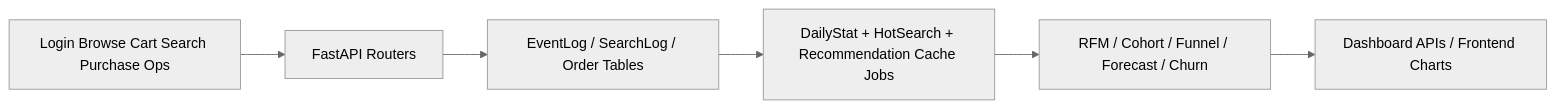
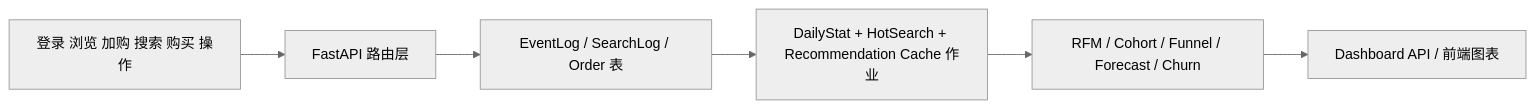
One commit to ADerekGL/WebAppCourseDesign changed the second of 3 diagrams in docs/02_system_design.md. Above: the diagram before and after it, drawn with Mermaid (neutral theme). The commit also changed other lines of this file and 7 other files, not shown here.

````diff
--- a/docs/02_system_design.md
+++ b/docs/02_system_design.md
@@ -19,8 +19,8 @@
 ```mermaid
 flowchart LR
-    Events[Login Browse Cart Search Purchase Ops] --> Collect[FastAPI Routers]
-    Collect --> Store[EventLog / SearchLog / Order Tables]
-    Store --> Aggregate[DailyStat + HotSearch + Recommendation Cache Jobs]
+    Events[登录 浏览 加购 搜索 购买 操作] --> Collect[FastAPI 路由层]
+    Collect --> Store[EventLog / SearchLog / Order 表]
+    Store --> Aggregate[DailyStat + HotSearch + Recommendation Cache 作业]
     Aggregate --> Analyze[RFM / Cohort / Funnel / Forecast / Churn]
-    Analyze --> Visualize[Dashboard APIs / Frontend Charts]
+    Analyze --> Visualize[Dashboard API / 前端图表]
 ```
````
